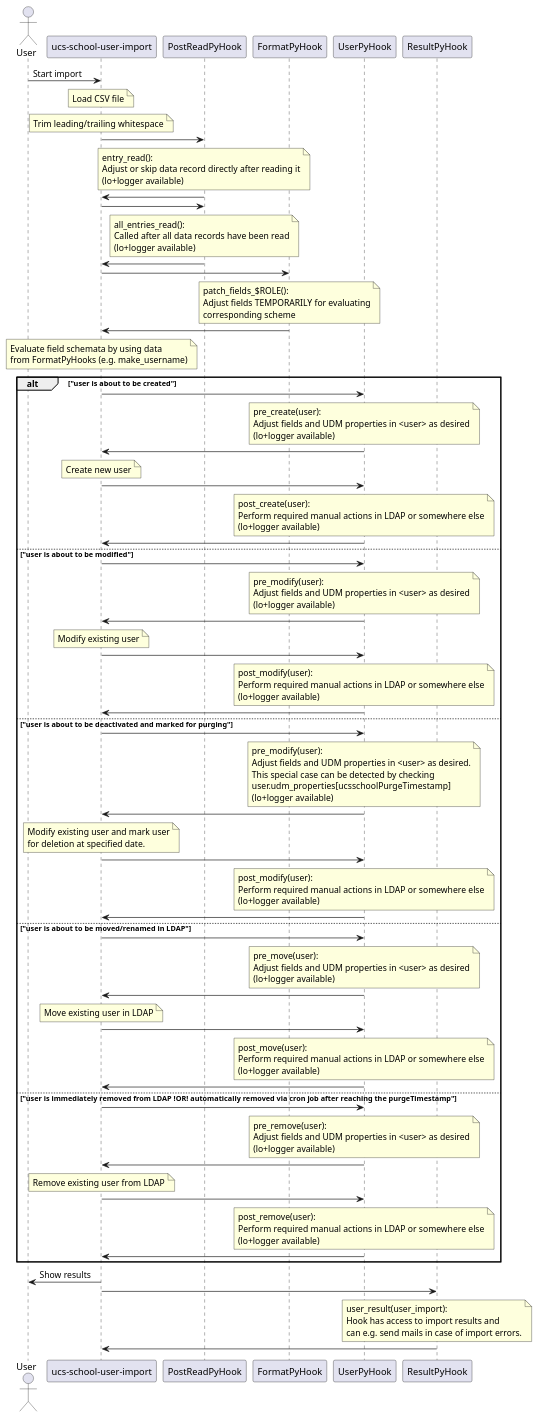
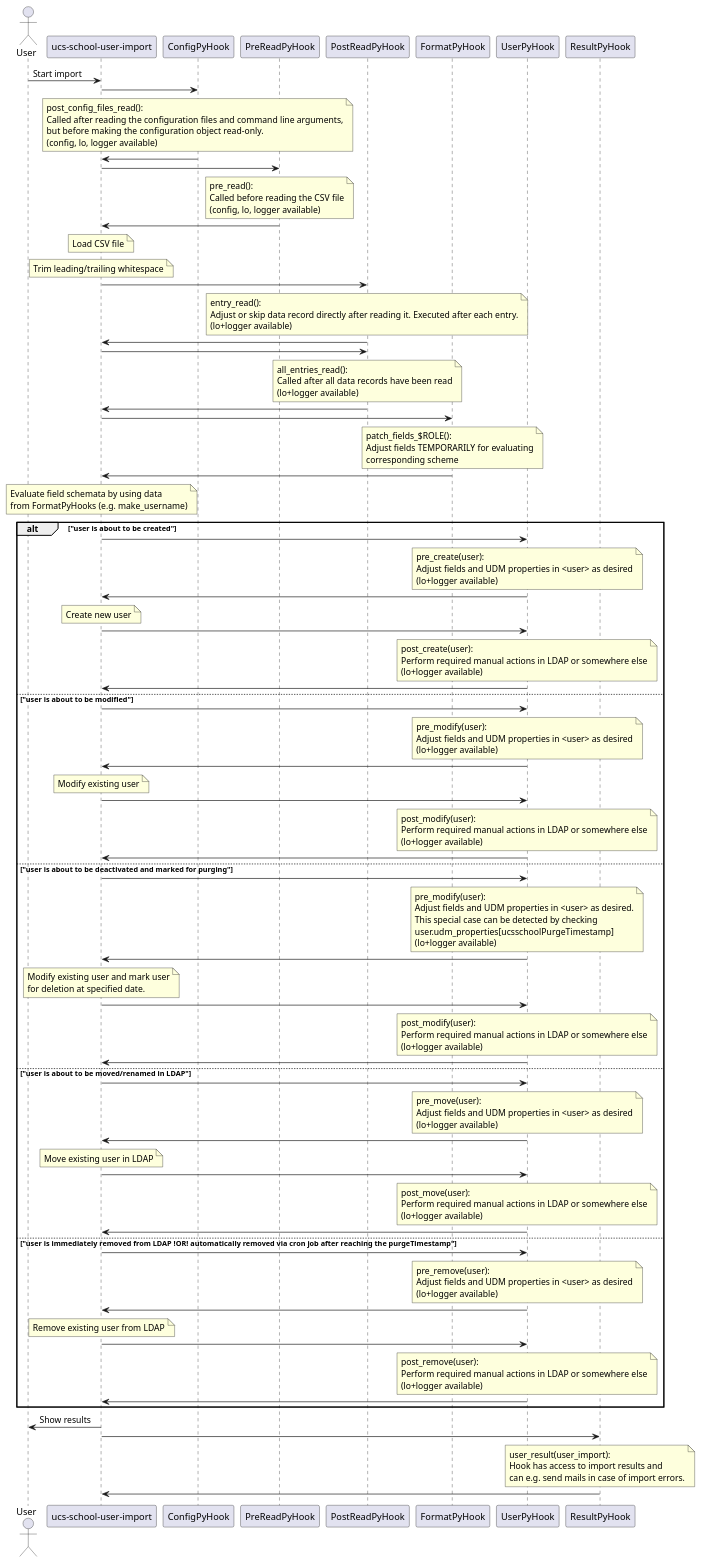
Before and after one commit to univention/ucs-school: the diagram in ucs-school-import/usr/share/doc/ucs-school-import-http-api/plantuml/import-pyhooks.md, drawn with PlantUML.

Commit message:
Bug #49267: add hook to sequence diagram

```diff
--- a/ucs-school-import/usr/share/doc/ucs-school-import-http-api/plantuml/import-pyhooks.md
+++ b/ucs-school-import/usr/share/doc/ucs-school-import-http-api/plantuml/import-pyhooks.md
@@ -1,18 +1,28 @@
 @startuml
 actor User
 participant "ucs-school-user-import"
+participant ConfigPyHook
+participant PreReadPyHook
 participant PostReadPyHook
 participant FormatPyHook
 participant UserPyHook
 participant ResultPyHook
 
 User -> "ucs-school-user-import": Start import
+
+"ucs-school-user-import" -> ConfigPyHook
+note over ConfigPyHook: post_config_files_read():\nCalled after reading the configuration files and command line arguments,\nbut before making the configuration object read-only.\n(config, lo, logger available)
+ConfigPyHook -> "ucs-school-user-import"
+
+"ucs-school-user-import" -> PreReadPyHook
+note over PreReadPyHook: pre_read():\nCalled before reading the CSV file\n(config, lo, logger available)
+PreReadPyHook -> "ucs-school-user-import"
+
 note over "ucs-school-user-import": Load CSV file
-
 note over "ucs-school-user-import": Trim leading/trailing whitespace
 
 "ucs-school-user-import" -> PostReadPyHook
-note over PostReadPyHook: entry_read():\nAdjust or skip data record directly after reading it\n(lo+logger available)
+note over PostReadPyHook: entry_read():\nAdjust or skip data record directly after reading it. Executed after each entry.\n(lo+logger available)
 PostReadPyHook -> "ucs-school-user-import"
 
 "ucs-school-user-import" -> PostReadPyHook
```
